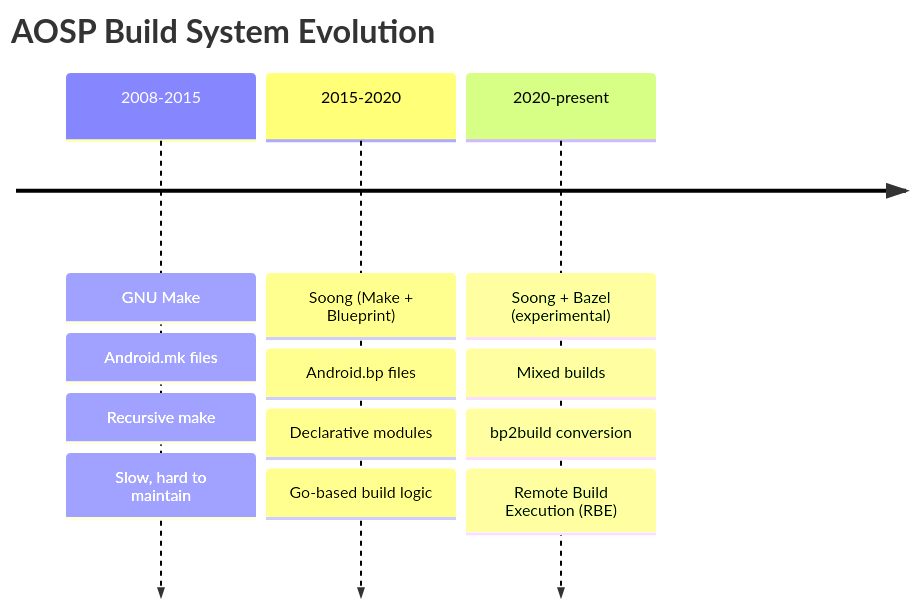
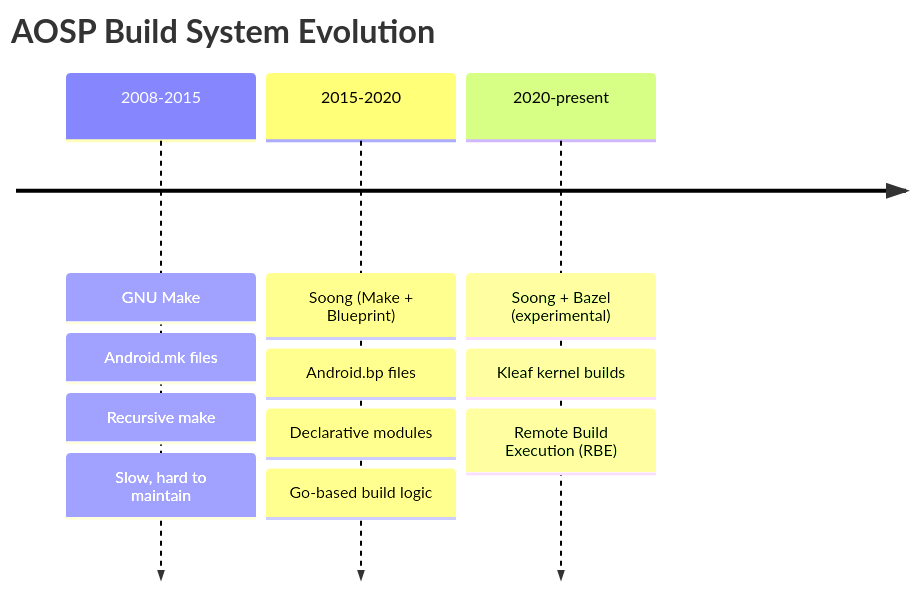
One commit to aospbooks/aosp-internal-book changed the first of 19 diagrams in 02-source-and-build.md. Above: the diagram before and after it, drawn with Mermaid. The commit also changed other lines of this file and 137 other files, not shown here.

````diff
--- a/02-source-and-build.md
+++ b/02-source-and-build.md
@@ -491,16 +491,15 @@
 ```mermaid
 timeline
     title AOSP Build System Evolution
     2008-2015 : GNU Make
              : Android.mk files
              : Recursive make
              : Slow, hard to maintain
     2015-2020 : Soong (Make + Blueprint)
              : Android.bp files
              : Declarative modules
              : Go-based build logic
     2020-present : Soong + Bazel (experimental)
-                 : Mixed builds
-                 : bp2build conversion
+                 : Kleaf kernel builds
                  : Remote Build Execution (RBE)
 ```
````
